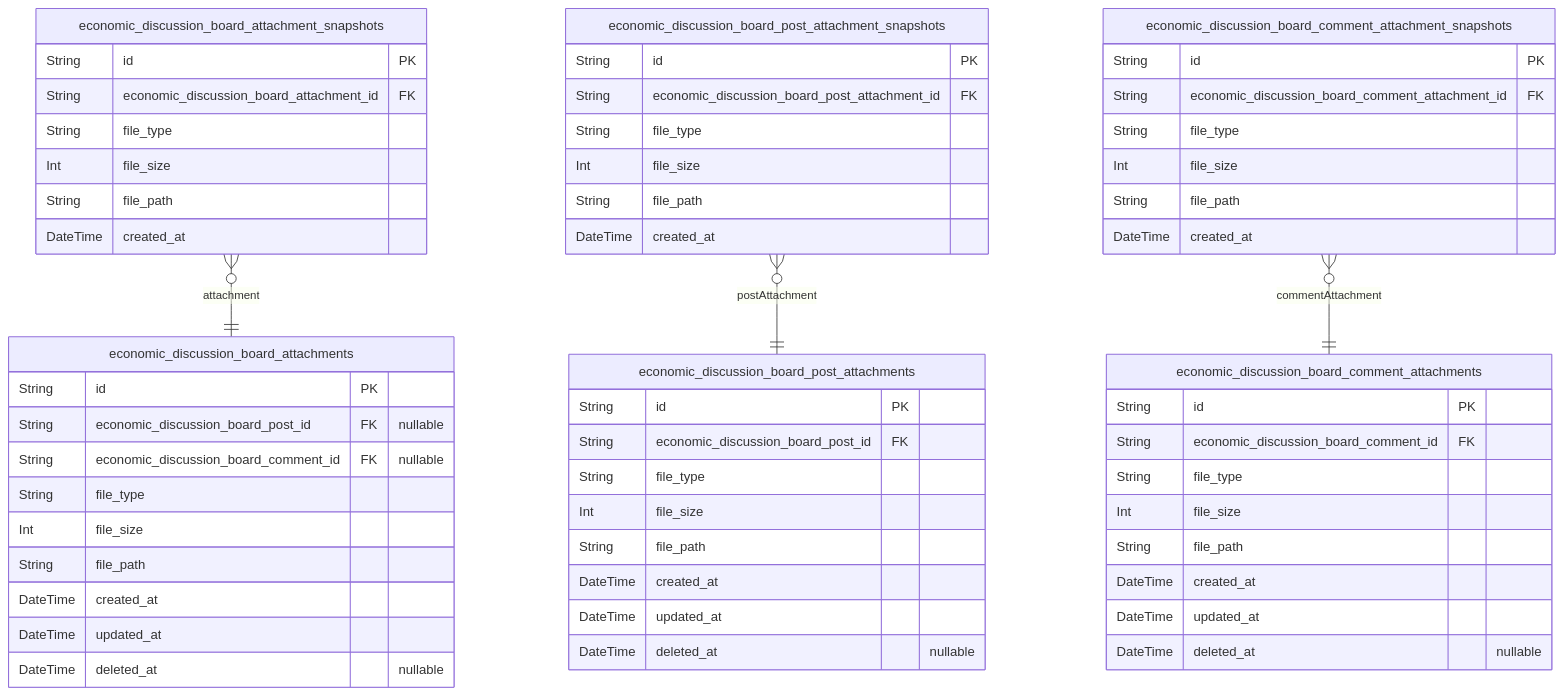
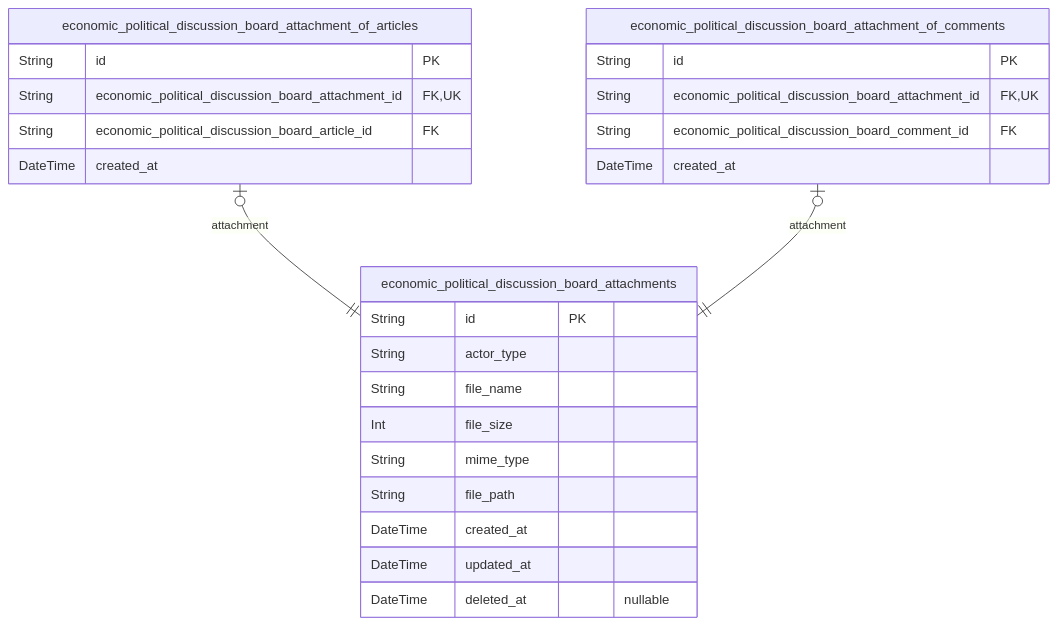
One commit to wrtnlabs/autobe-examples changed the fifth of 5 diagrams in mistralai/codestral-2508/bbs/docs/ERD.md. Above: the diagram before and after it, drawn with Mermaid. The commit also changed other lines of this file and 7173 other files, not shown here.

````diff
--- a/mistralai/codestral-2508/bbs/docs/ERD.md
+++ b/mistralai/codestral-2508/bbs/docs/ERD.md
@@ -385,61 +646,28 @@
 ```mermaid
 erDiagram
-"economic_discussion_board_attachments" {
+"economic_political_discussion_board_attachments" {
   String id PK
-  String economic_discussion_board_post_id FK "nullable"
-  String economic_discussion_board_comment_id FK "nullable"
-  String file_type
+  String actor_type
+  String file_name
   Int file_size
+  String mime_type
   String file_path
   DateTime created_at
   DateTime updated_at
   DateTime deleted_at "nullable"
 }
-"economic_discussion_board_attachment_snapshots" {
+"economic_political_discussion_board_attachment_of_articles" {
   String id PK
-  String economic_discussion_board_attachment_id FK
-  String file_type
-  Int file_size
-  String file_path
+  String economic_political_discussion_board_attachment_id FK,UK
+  String economic_political_discussion_board_article_id FK
   DateTime created_at
 }
-"economic_discussion_board_post_attachments" {
+"economic_political_discussion_board_attachment_of_comments" {
   String id PK
-  String economic_discussion_board_post_id FK
-  String file_type
-  Int file_size
-  String file_path
-  DateTime created_at
-  DateTime updated_at
-  DateTime deleted_at "nullable"
-}
-"economic_discussion_board_comment_attachments" {
-  String id PK
-  String economic_discussion_board_comment_id FK
-  String file_type
-  Int file_size
-  String file_path
-  DateTime created_at
-  DateTime updated_at
-  DateTime deleted_at "nullable"
-}
-"economic_discussion_board_post_attachment_snapshots" {
-  String id PK
-  String economic_discussion_board_post_attachment_id FK
-  String file_type
-  Int file_size
-  String file_path
+  String economic_political_discussion_board_attachment_id FK,UK
+  String economic_political_discussion_board_comment_id FK
   DateTime created_at
 }
-"economic_discussion_board_comment_attachment_snapshots" {
-  String id PK
-  String economic_discussion_board_comment_attachment_id FK
-  String file_type
-  Int file_size
-  String file_path
-  DateTime created_at
-}
-"economic_discussion_board_attachment_snapshots" }o--|| "economic_discussion_board_attachments" : attachment
-"economic_discussion_board_post_attachment_snapshots" }o--|| "economic_discussion_board_post_attachments" : postAttachment
-"economic_discussion_board_comment_attachment_snapshots" }o--|| "economic_discussion_board_comment_attachments" : commentAttachment
+"economic_political_discussion_board_attachment_of_articles" |o--|| "economic_political_discussion_board_attachments" : attachment
+"economic_political_discussion_board_attachment_of_comments" |o--|| "economic_political_discussion_board_attachments" : attachment
 ```
````
